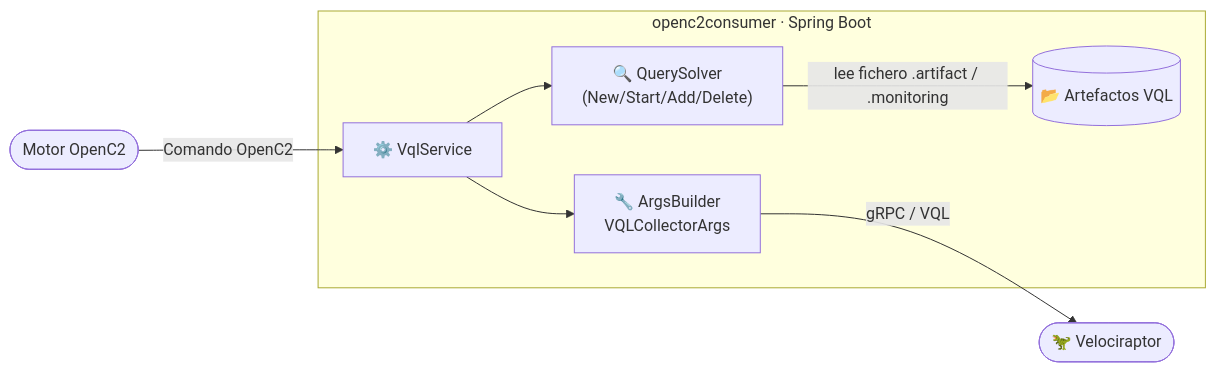
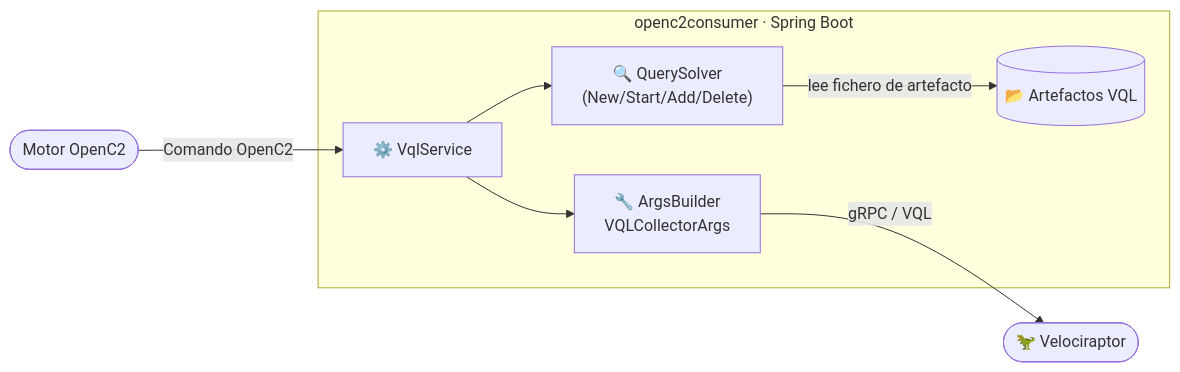
Before and after one commit to tfg-projects-dit-us/openc2consumer: the first of 2 diagrams in README.md, drawn with Mermaid. The commit also changed other lines of this file and 10 other files, not shown here.

````diff
--- a/README.md
+++ b/README.md
@@ -32,10 +32,10 @@
 ```mermaid
 flowchart LR
     OC2([Motor OpenC2]) -->|Comando OpenC2| VqlService
     subgraph openc2consumer [openc2consumer · Spring Boot]
         VqlService["⚙️ VqlService"] --> QS["🔍 QuerySolver\n(New/Start/Add/Delete)"]
-        QS -->|lee fichero .artifact / .monitoring| FS[(📂 Artefactos VQL)]
+        QS -->|lee fichero de artefacto| FS[(📂 Artefactos VQL)]
         VqlService --> AB["🔧 ArgsBuilder\nVQLCollectorArgs"]
     end
     AB -->|gRPC / VQL| VR([🦖 Velociraptor])
 ```
````
